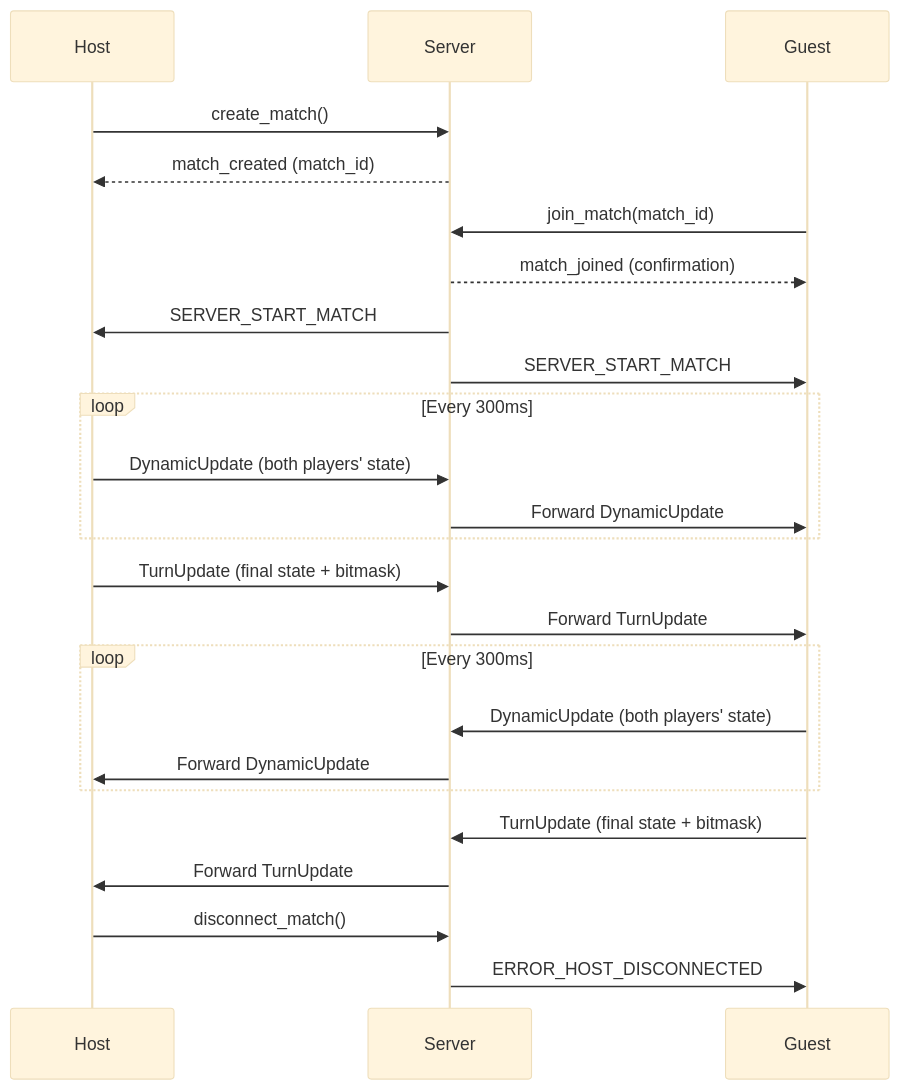
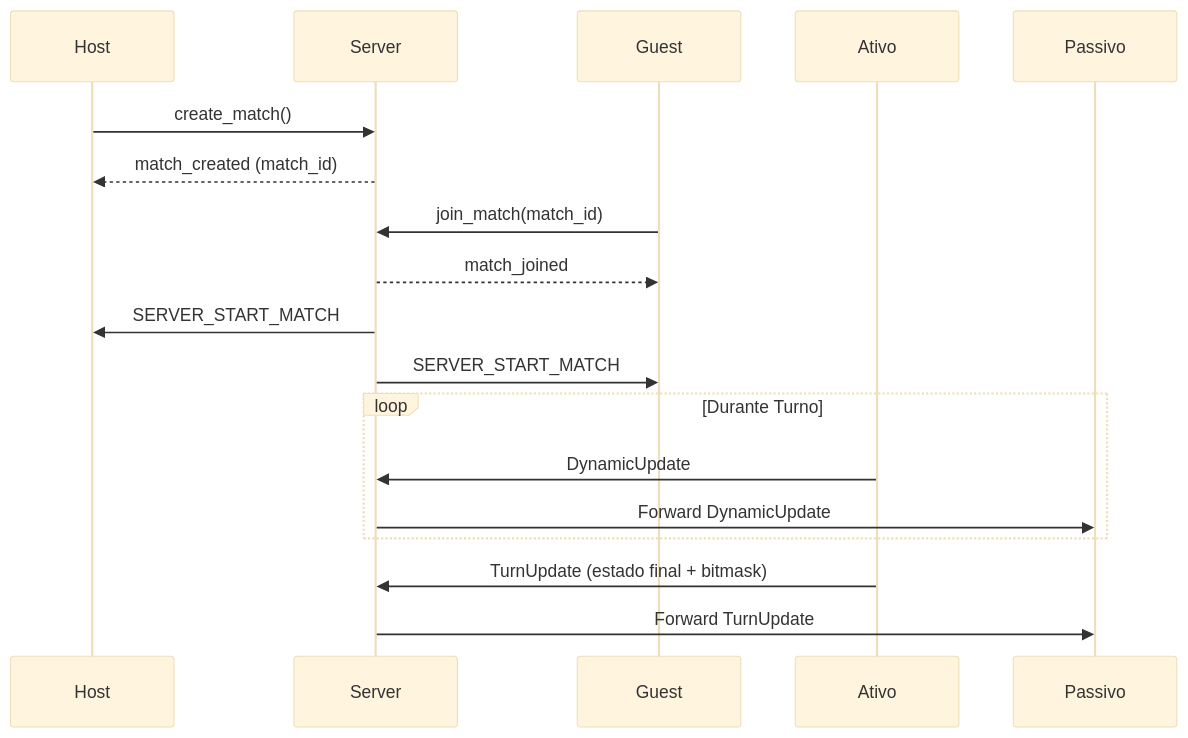
One commit to zRafaF/tankinho changed the first of 2 diagrams in README.md. Above: the diagram before and after it, drawn with Mermaid (base theme). The commit also changed other lines of this file, not shown here.

````diff
--- a/README.md
+++ b/README.md
@@ -41,38 +88,21 @@
 ```mermaid
 sequenceDiagram
     participant Host
     participant Server
     participant Guest
 
-    %% Match Creation Phase
     Host->>Server: create_match()
     Server-->>Host: match_created (match_id)
-    
-    %% Guest Join Phase
     Guest->>Server: join_match(match_id)
-    Server-->>Guest: match_joined (confirmation)
+    Server-->>Guest: match_joined
     Server->>Host: SERVER_START_MATCH
     Server->>Guest: SERVER_START_MATCH
-    
-    %% Gameplay Phase (Host's Turn)
-    loop Every 300ms
-        Host->>Server: DynamicUpdate (both players' state)
-        Server->>Guest: Forward DynamicUpdate
+
+    loop Durante Turno
+        Ativo->>Server: DynamicUpdate
+        Server->>Passivo: Forward DynamicUpdate
     end
-    
-    Host->>Server: TurnUpdate (final state + bitmask)
-    Server->>Guest: Forward TurnUpdate
-    
-    %% Gameplay Phase (Guest's Turn)
-    loop Every 300ms
-        Guest->>Server: DynamicUpdate (both players' state)
-        Server->>Host: Forward DynamicUpdate
-    end
-    
-    Guest->>Server: TurnUpdate (final state + bitmask)
-    Server->>Host: Forward TurnUpdate
-    
-    %% Disconnection Handling
-    Host->>Server: disconnect_match()
-    Server->>Guest: ERROR_HOST_DISCONNECTED
+
+    Ativo->>Server: TurnUpdate (estado final + bitmask)
+    Server->>Passivo: Forward TurnUpdate
 ```
````
